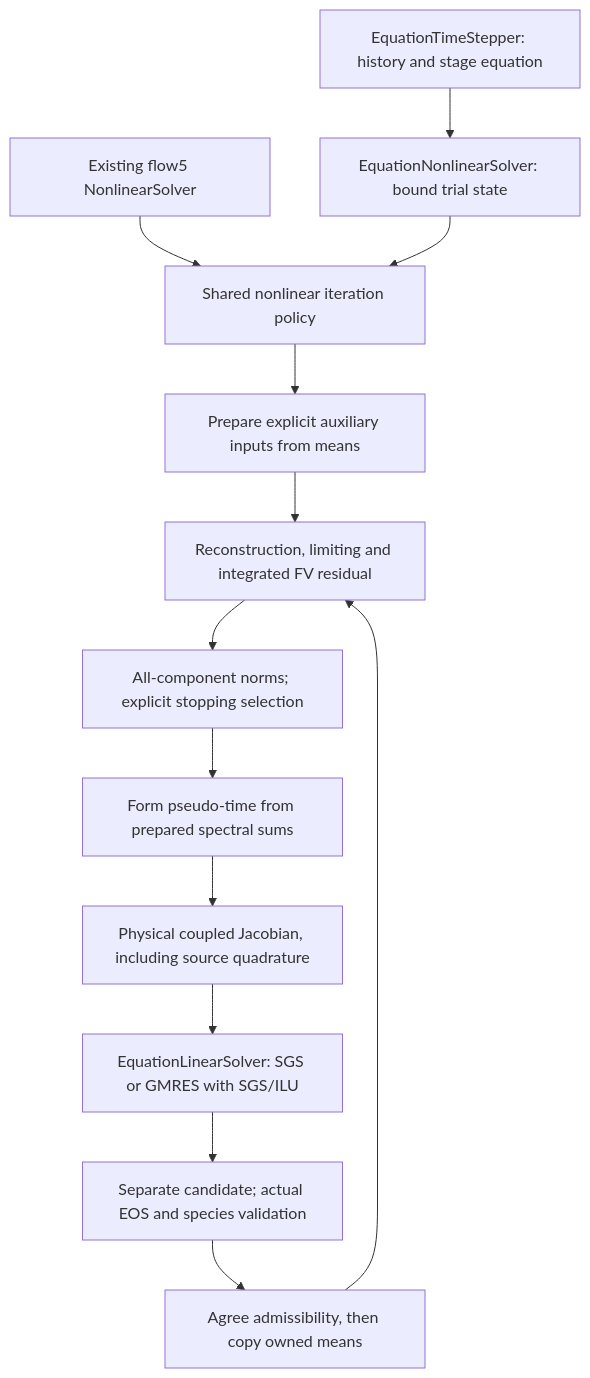
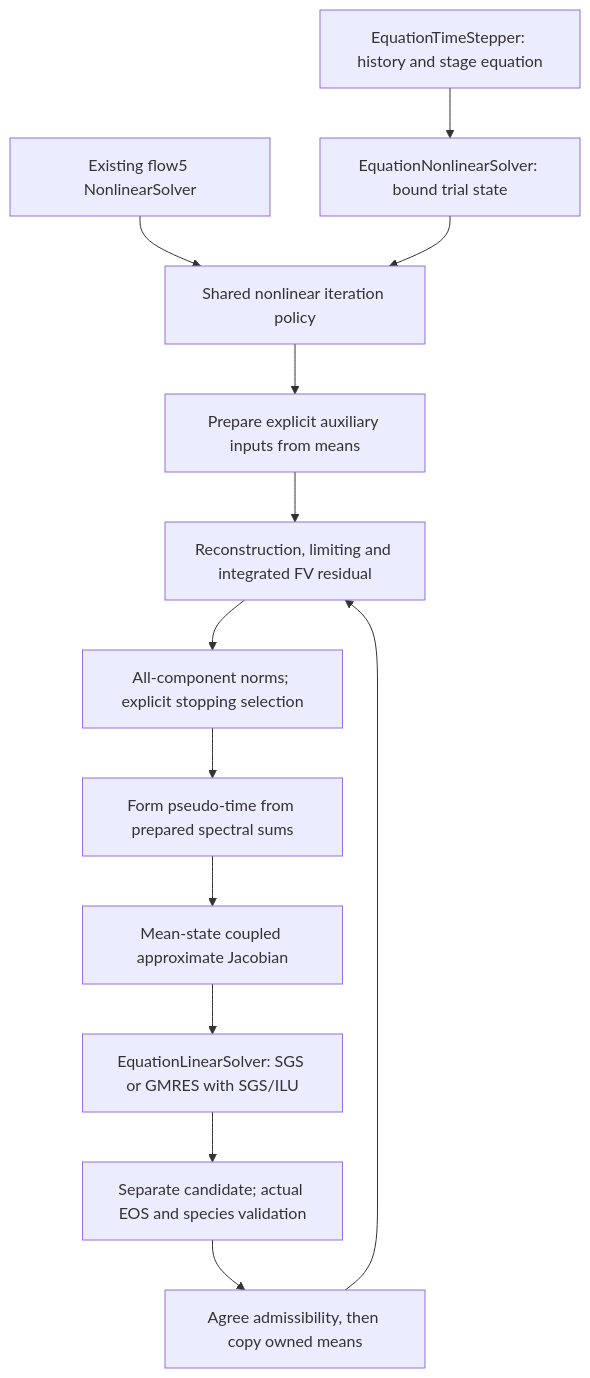
One commit to harryzhou2000/DNDSR changed the third of 3 diagrams in docs/architecture/CauchyImplicit.md. Above: the diagram before and after it, drawn with Mermaid. The commit also changed other lines of this file and 15 other files, not shown here.

````diff
--- a/docs/architecture/CauchyImplicit.md
+++ b/docs/architecture/CauchyImplicit.md
@@ -1288,15 +1295,15 @@
 ```mermaid
 flowchart TD
     Time[EquationTimeStepper: history and stage equation] --> Equation[EquationNonlinearSolver: bound trial state]
     Field[Existing flow5 NonlinearSolver] --> Policy[Shared nonlinear iteration policy]
     Equation --> Policy
     Policy --> Auxiliary[Prepare explicit auxiliary inputs from means]
     Auxiliary --> Residual[Reconstruction, limiting and integrated FV residual]
     Residual --> Norm[All-component norms; explicit stopping selection]
     Norm --> PseudoTime[Form pseudo-time from prepared spectral sums]
-    PseudoTime --> Jacobian[Physical coupled Jacobian, including source quadrature]
+    PseudoTime --> Jacobian[Mean-state coupled approximate Jacobian]
     Jacobian --> Linear[EquationLinearSolver: SGS or GMRES with SGS/ILU]
     Linear --> Candidate[Separate candidate; actual EOS and species validation]
     Candidate --> Commit[Agree admissibility, then copy owned means]
     Commit --> Residual
 ```
````
